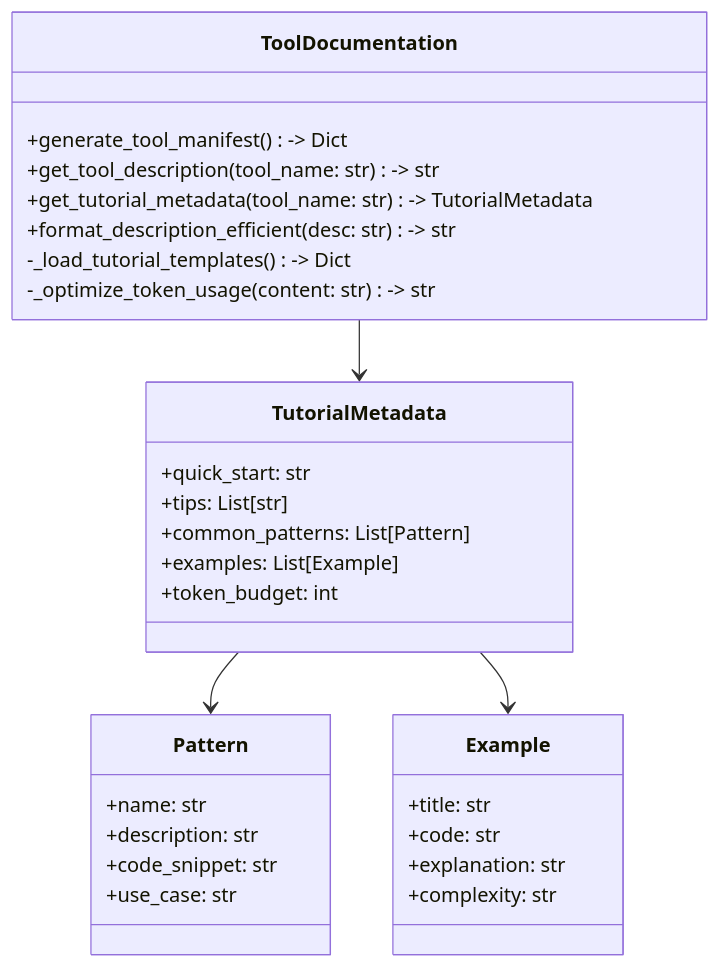
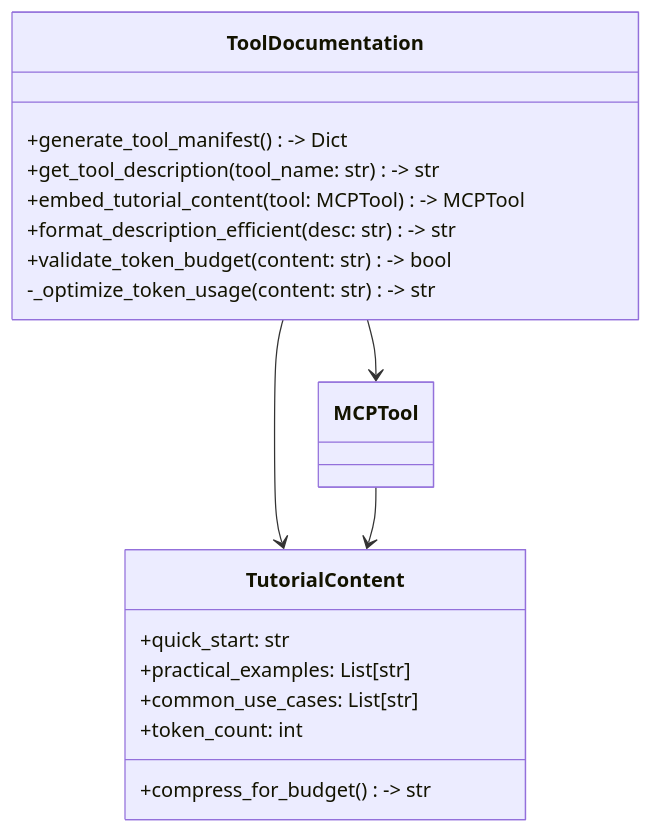
Diagram 40 of 45 in Architecture.md (RimoVR/docsrs-mcp), drawn with Mermaid before and after one commit. The commit also changed other lines of this file and 10 other files, not shown here.

````diff
--- a/Architecture.md
+++ b/Architecture.md
@@ -3284,37 +3319,23 @@
 ```mermaid
 classDiagram
     class ToolDocumentation {
         +generate_tool_manifest() -> Dict
         +get_tool_description(tool_name: str) -> str
-        +get_tutorial_metadata(tool_name: str) -> TutorialMetadata
+        +embed_tutorial_content(tool: MCPTool) -> MCPTool
         +format_description_efficient(desc: str) -> str
-        -_load_tutorial_templates() -> Dict
+        +validate_token_budget(content: str) -> bool
         -_optimize_token_usage(content: str) -> str
     }
     
-    class TutorialMetadata {
+    class TutorialContent {
         +quick_start: str
-        +tips: List[str]
-        +common_patterns: List[Pattern]
-        +examples: List[Example]
-        +token_budget: int
+        +practical_examples: List[str]
+        +common_use_cases: List[str]
+        +token_count: int
+        +compress_for_budget() -> str
     }
     
-    class Pattern {
-        +name: str
-        +description: str
-        +code_snippet: str
-        +use_case: str
-    }
-    
-    class Example {
-        +title: str
-        +code: str
-        +explanation: str
-        +complexity: str
-    }
-    
-    ToolDocumentation --> TutorialMetadata
-    TutorialMetadata --> Pattern
-    TutorialMetadata --> Example
+    ToolDocumentation --> MCPTool
+    ToolDocumentation --> TutorialContent
+    MCPTool --> TutorialContent
 ```
````
